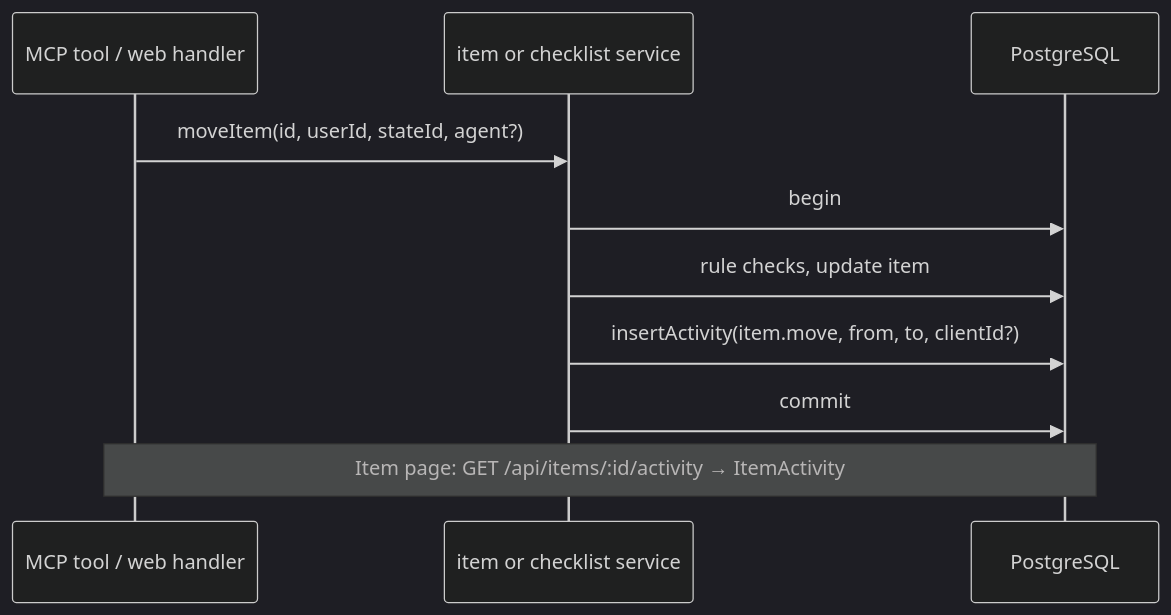
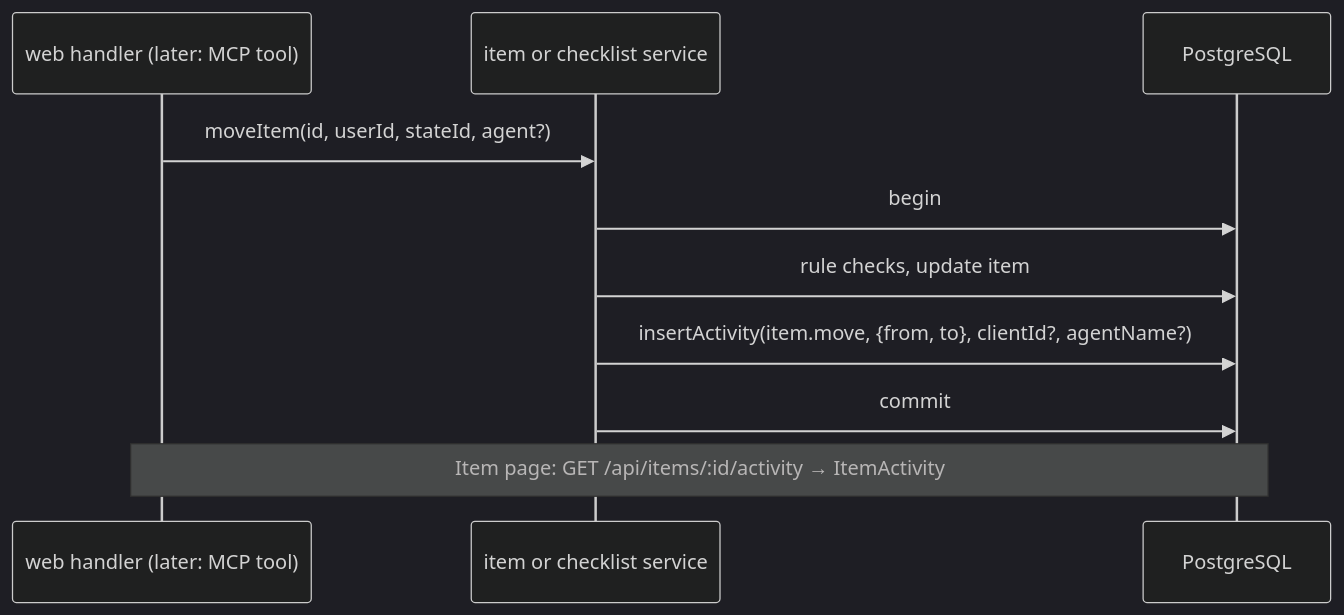
One commit to unishare-oss/uniloom changed the diagram in docs/plans/36-item-activity.md. Above: the diagram before and after it, drawn with Mermaid (dark theme). The commit also changed other lines of this file and 26 other files, not shown here.

First line of the commit message:
feat: item activity on the item page

````diff
--- a/docs/plans/36-item-activity.md
+++ b/docs/plans/36-item-activity.md
@@ -60,12 +78,12 @@
 ```mermaid
 sequenceDiagram
-  participant T as MCP tool / web handler
+  participant T as web handler (later: MCP tool)
   participant S as item or checklist service
   participant DB as PostgreSQL
   T->>S: moveItem(id, userId, stateId, agent?)
   S->>DB: begin
   S->>DB: rule checks, update item
-  S->>DB: insertActivity(item.move, from, to, clientId?)
+  S->>DB: insertActivity(item.move, {from, to}, clientId?, agentName?)
   S->>DB: commit
   Note over T,DB: Item page: GET /api/items/:id/activity → ItemActivity
 ```
````
